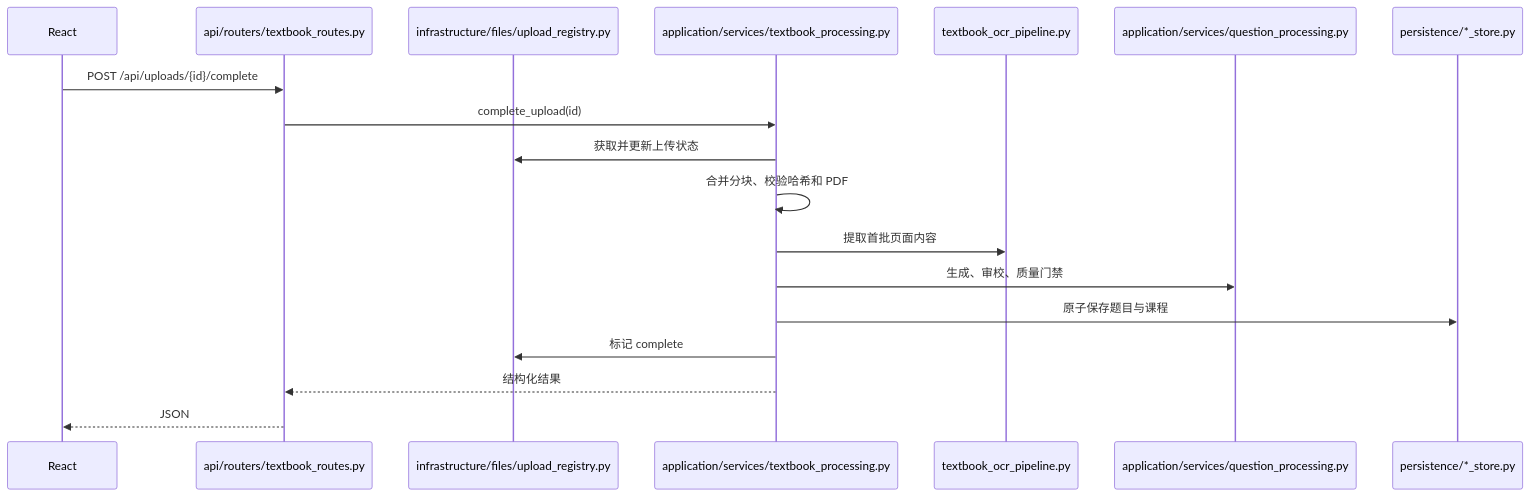
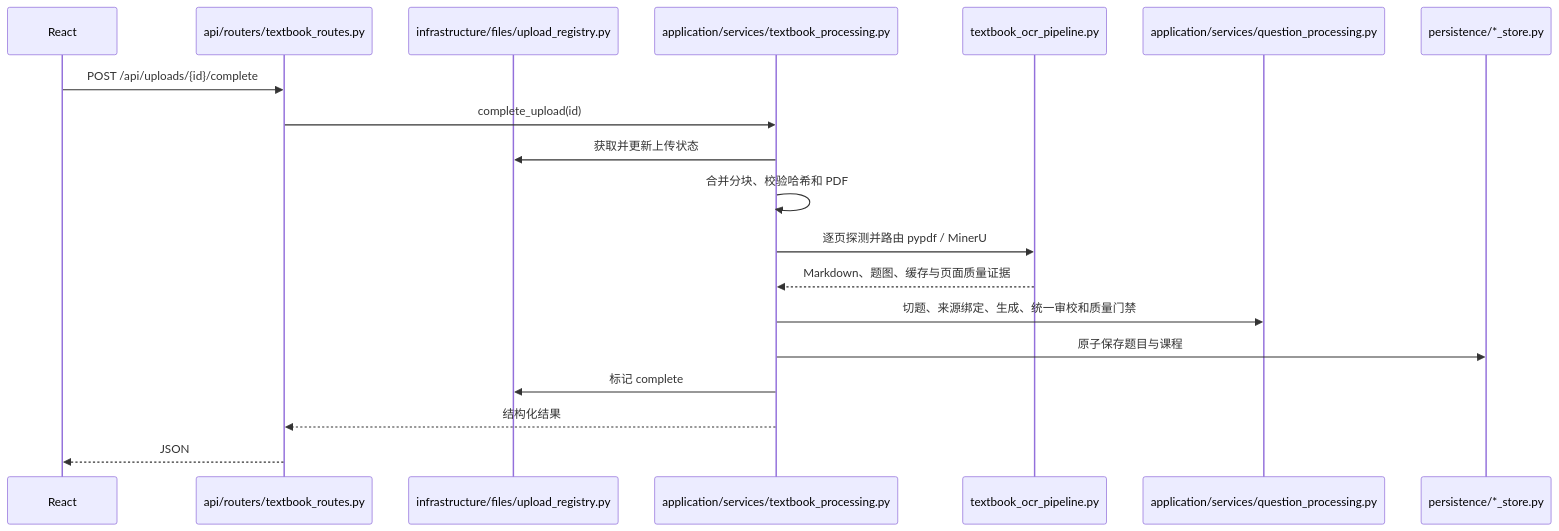
The second of 2 diagrams in docs/backend-learning-guide.md (ningkaikok/dotty-tutor), drawn with Mermaid before and after one commit. The commit also changed other lines of this file and 34 other files, not shown here.

First line of the commit message:
fix(content): stabilize model OCR and question review flow

````diff
--- a/docs/backend-learning-guide.md
+++ b/docs/backend-learning-guide.md
@@ -47,21 +47,22 @@
 ```mermaid
 sequenceDiagram
   participant UI as React
   participant Route as api/routers/textbook_routes.py
   participant Registry as infrastructure/files/upload_registry.py
   participant Service as application/services/textbook_processing.py
   participant OCR as textbook_ocr_pipeline.py
   participant Pipeline as application/services/question_processing.py
   participant Store as persistence/*_store.py
 
   UI->>Route: POST /api/uploads/{id}/complete
   Route->>Service: complete_upload(id)
   Service->>Registry: 获取并更新上传状态
   Service->>Service: 合并分块、校验哈希和 PDF
-  Service->>OCR: 提取首批页面内容
-  Service->>Pipeline: 生成、审校、质量门禁
+  Service->>OCR: 逐页探测并路由 pypdf / MinerU
+  OCR-->>Service: Markdown、题图、缓存与页面质量证据
+  Service->>Pipeline: 切题、来源绑定、生成、统一审校和质量门禁
   Service->>Store: 原子保存题目与课程
   Service->>Registry: 标记 complete
   Service-->>Route: 结构化结果
   Route-->>UI: JSON
 ```
````
